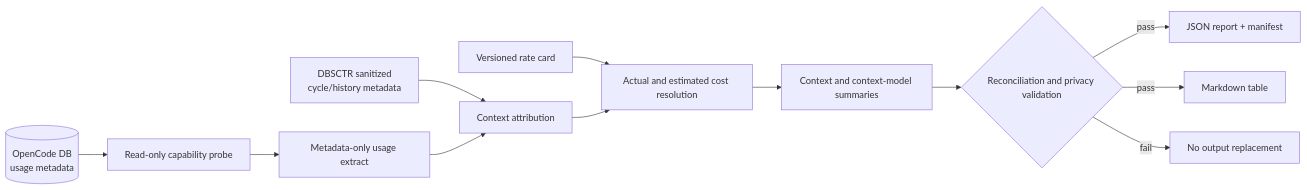
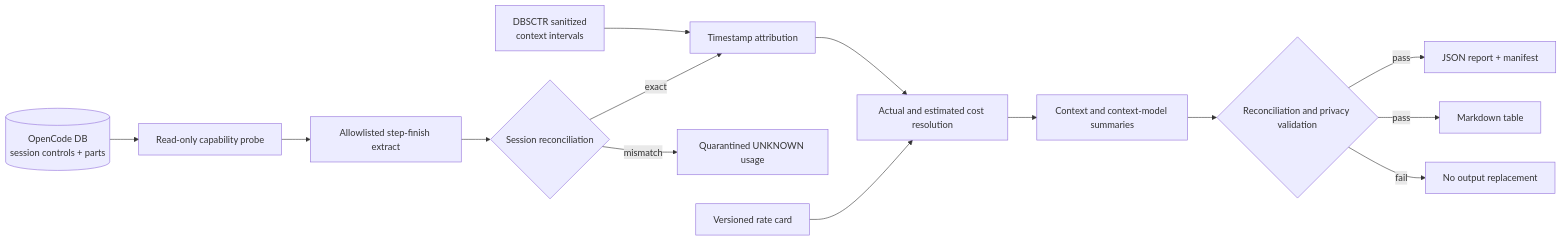
Before and after one commit to Saltiola7/dotfiles-ai: the diagram in docs/specs/opencode_inference_cost/README.md, drawn with Mermaid. The commit also changed other lines of this file and 9 other files, not shown here.

Commit message:
feat(dbsctr): attribute step costs by context

````diff
--- a/docs/specs/opencode_inference_cost/README.md
+++ b/docs/specs/opencode_inference_cost/README.md
@@ -185,16 +203,18 @@
 ```mermaid
 flowchart LR
     accTitle: OpenCode inference cost reporting flow
     accDescr: OpenCode usage metadata passes through a read-only capability probe and metadata-only extract. Sanitized DBSCTR lifecycle metadata supplies bounded-context attribution. A dated rate card supplies separate estimates. Reconciled summaries atomically produce JSON and Markdown, while failed validation preserves the prior report.
-    O[(OpenCode DB<br/>usage metadata)] --> P[Read-only capability probe]
-    D[DBSCTR sanitized<br/>cycle/history metadata] --> A[Context attribution]
-    P --> E[Metadata-only usage extract]
-    E --> A
+    O[(OpenCode DB<br/>session controls + parts)] --> P[Read-only capability probe]
+    D[DBSCTR sanitized<br/>context intervals] --> A[Timestamp attribution]
+    P --> E[Allowlisted step-finish extract]
+    E --> Q{Session reconciliation}
+    Q -->|exact| A
+    Q -->|mismatch| U[Quarantined UNKNOWN usage]
     R[Versioned rate card] --> C[Actual and estimated cost resolution]
     A --> C
     C --> S[Context and context-model summaries]
     S --> V{Reconciliation and privacy validation}
     V -->|pass| J[JSON report + manifest]
     V -->|pass| M[Markdown table]
     V -->|fail| F[No output replacement]
 ```
````
